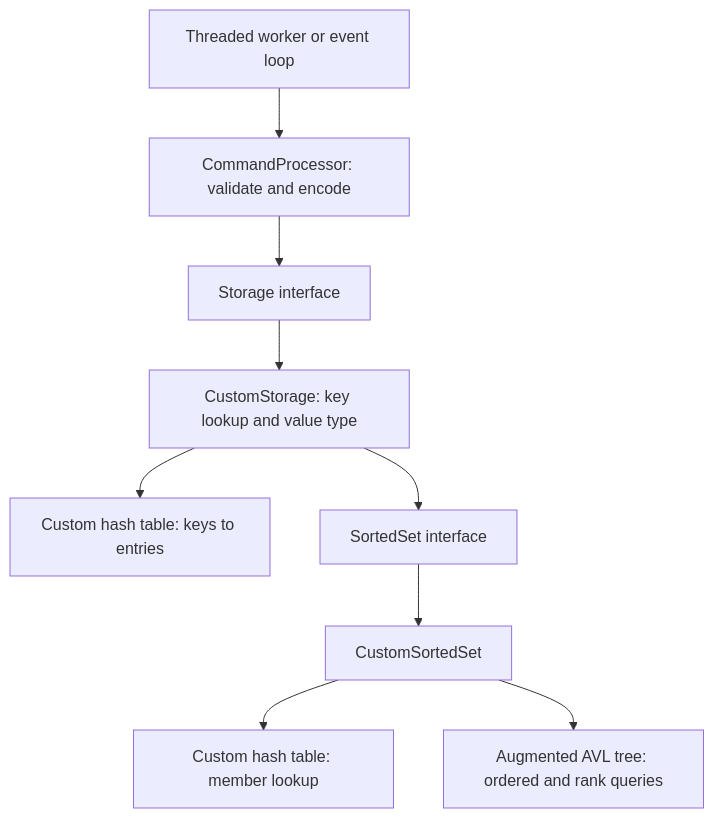
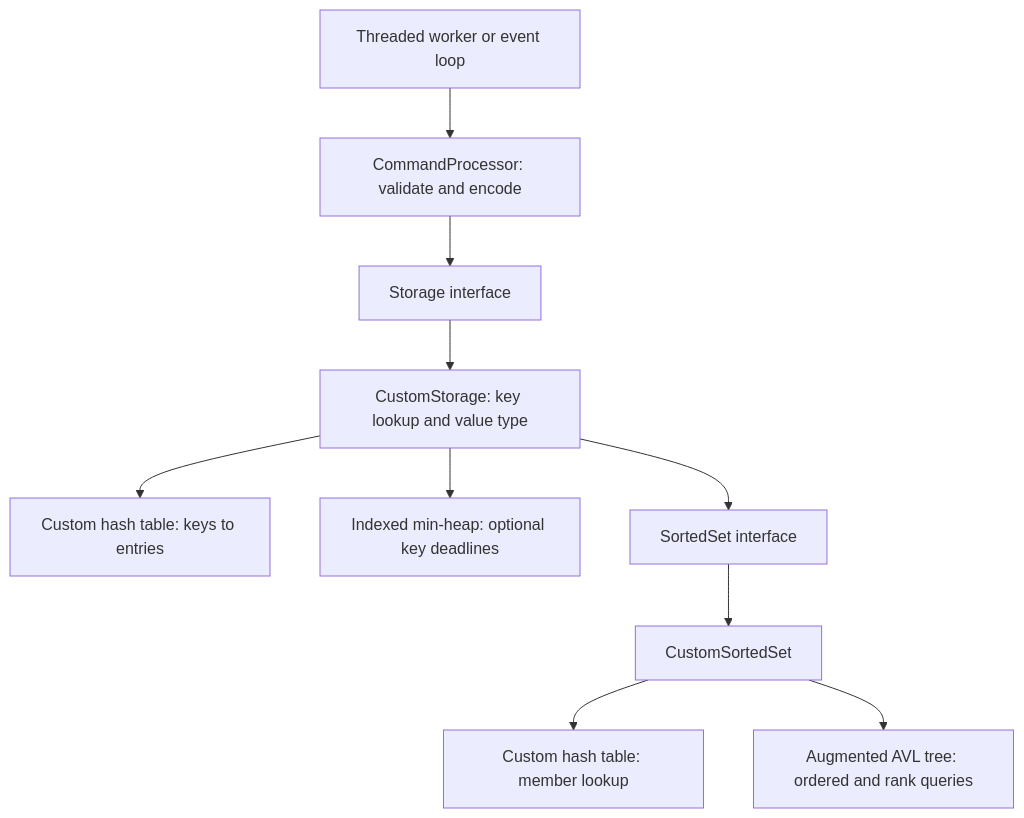
One commit to Vishnu0920/redis-lite changed the diagram in docs/STORAGE.md. Above: the diagram before and after it, drawn with Mermaid. The commit also changed other lines of this file and 24 other files, not shown here.

````diff
--- a/docs/STORAGE.md
+++ b/docs/STORAGE.md
@@ -17,11 +18,12 @@
 ```mermaid
 flowchart TD
     IO[Threaded worker or event loop] --> Commands[CommandProcessor: validate and encode]
     Commands --> API[Storage interface]
     API --> Custom[CustomStorage: key lookup and value type]
     Custom --> Hash[Custom hash table: keys to entries]
+    Custom --> TTL[Indexed min-heap: optional key deadlines]
     Custom --> SetAPI[SortedSet interface]
     SetAPI --> ZSet[CustomSortedSet]
     ZSet --> Name[Custom hash table: member lookup]
     ZSet --> Score[Augmented AVL tree: ordered and rank queries]
 ```
````
